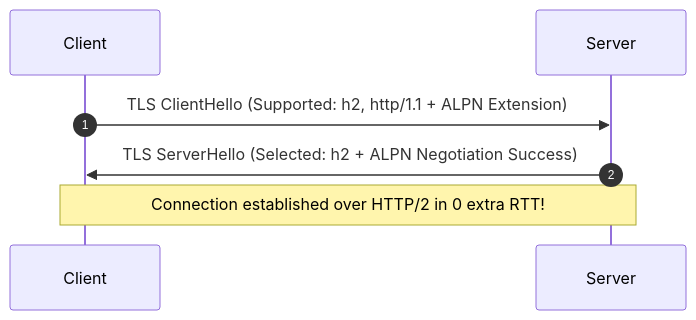
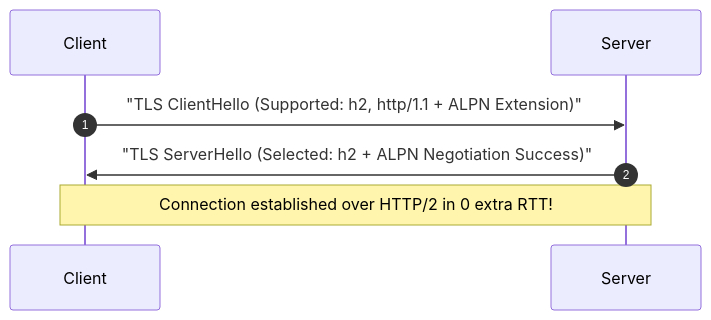
One commit to awoladhossain/awolad-docs changed diagram 28 of 41 in content/networking.md. Above: the diagram before and after it, drawn with Mermaid. The commit also changed other lines of this file, not shown here.

Commit message:
fix: sanitize all sequence diagrams in networking.md by escaping special characters and declaring participants to avoid browser rendering errors

````diff
--- a/content/networking.md
+++ b/content/networking.md
@@ -981,7 +981,7 @@
 ```mermaid
 sequenceDiagram
     autonumber
-    Client->>Server: TLS ClientHello (Supported: h2, http/1.1 + ALPN Extension)
-    Server->>Client: TLS ServerHello (Selected: h2 + ALPN Negotiation Success)
+    Client->>Server: "TLS ClientHello (Supported: h2, http/1.1 + ALPN Extension)"
+    Server->>Client: "TLS ServerHello (Selected: h2 + ALPN Negotiation Success)"
     Note over Client, Server: Connection established over HTTP/2 in 0 extra RTT!
 ```
````
